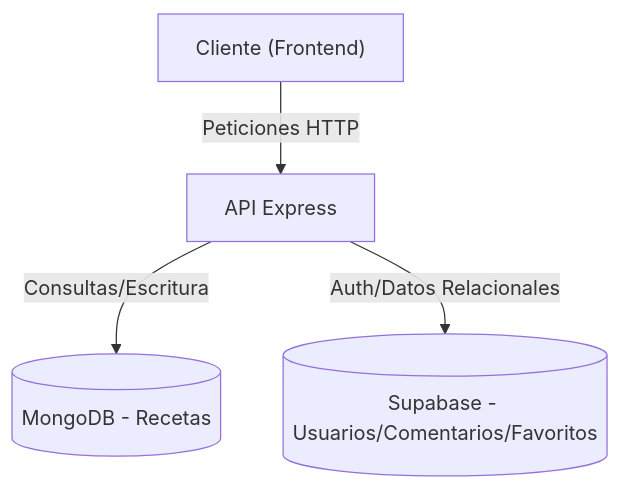
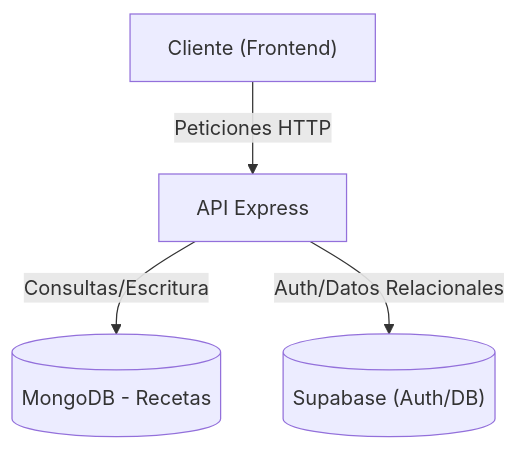
The diagram in README.md (AlejandroAdriel/RECETARIO_APP_BACKEND), drawn with Mermaid before and after one commit.

Commit message:
Update Supabase description in architecture diagram in README.

````diff
--- a/README.md
+++ b/README.md
@@ -14,11 +14,11 @@
 ```mermaid
 graph TD
     Client["Cliente (Frontend)"]
     API["API Express"]
     Mongo[("MongoDB - Recetas")]
-    Supa[("Supabase - Usuarios/Comentarios/Favoritos")]
+    Supa[("Supabase (Auth/DB)")]
 
     Client -->|Peticiones HTTP| API
     API -->|Consultas/Escritura| Mongo
     API -->|Auth/Datos Relacionales| Supa
 ```
````
